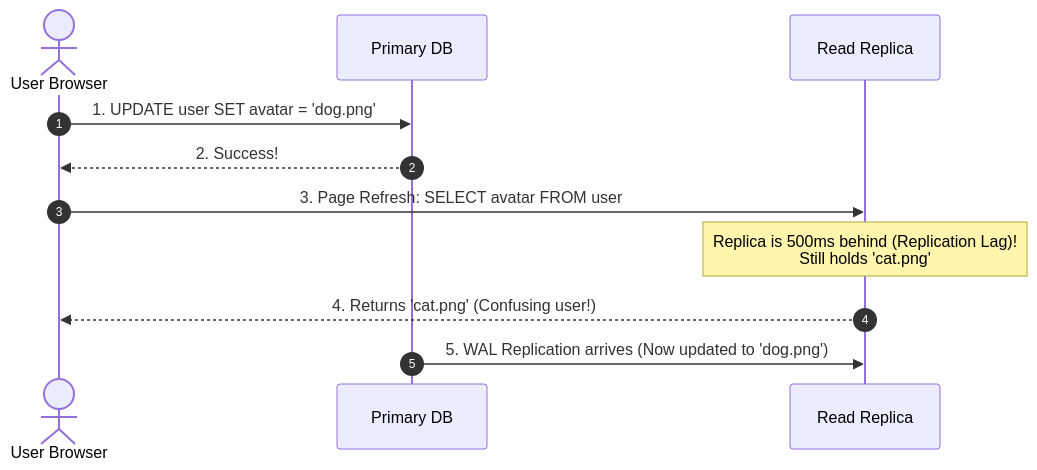
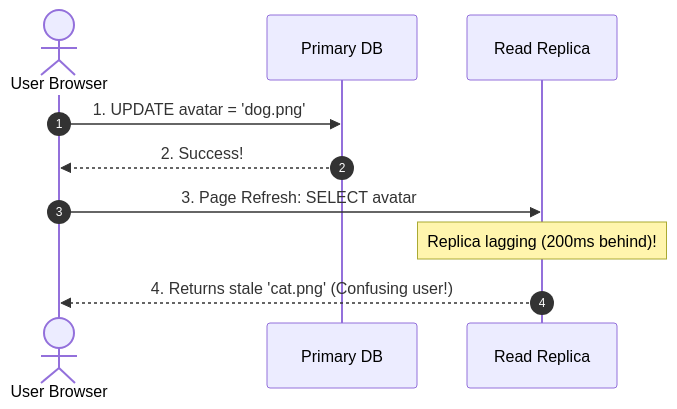
Before and after one commit to rohithgowda18/Notes: the seventh of 9 diagrams in 02-DBMS/DBMS-Advanced-Concepts.md, drawn with Mermaid. The commit also changed other lines of this file and 15 other files, not shown here.

Commit message:
docs: audit Mermaid diagrams, optimize side-by-side layouts, and deduplicate DBMS advanced notes

````diff
--- a/02-DBMS/DBMS-Advanced-Concepts.md
+++ b/02-DBMS/DBMS-Advanced-Concepts.md
@@ -843,13 +347,13 @@
 ```mermaid
 sequenceDiagram
     autonumber
     actor User as User Browser
     participant Pri as Primary DB
     participant Rep as Read Replica
-    User->>Pri: 1. UPDATE user SET avatar = 'dog.png'
+
+    User->>Pri: 1. UPDATE avatar = 'dog.png'
     Pri-->>User: 2. Success!
-    User->>Rep: 3. Page Refresh: SELECT avatar FROM user
-    Note over Rep: Replica is 500ms behind (Replication Lag)!<br/>Still holds 'cat.png'
-    Rep-->>User: 4. Returns 'cat.png' (Confusing user!)
-    Pri->>Rep: 5. WAL Replication arrives (Now updated to 'dog.png')
+    User->>Rep: 3. Page Refresh: SELECT avatar
+    Note over Rep: Replica lagging (200ms behind)!
+    Rep-->>User: 4. Returns stale 'cat.png' (Confusing user!)
 ```
````
